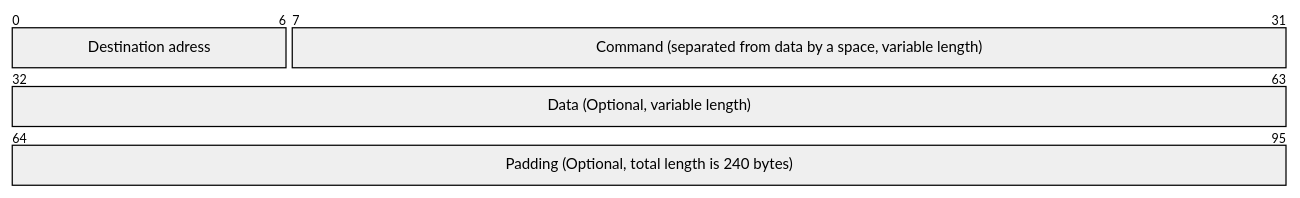
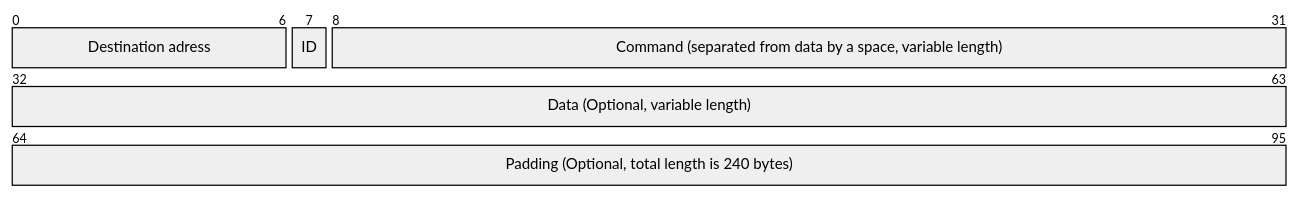
The second of 7 diagrams in README.md (picass02005/Buzzer-Insagora), drawn with Mermaid before and after one commit. The commit also changed other lines of this file, not shown here.

````diff
--- a/README.md
+++ b/README.md
@@ -41,7 +41,8 @@
 ```mermaid
 packet
 0-6: "Destination adress"
-7-31: "Command (separated from data by a space, variable length)"
+7: "ID"
+8-31: "Command (separated from data by a space, variable length)"
 32-63: "Data (Optional, variable length)"
 64-95: "Padding (Optional, total length is 240 bytes)"
 ```
````
